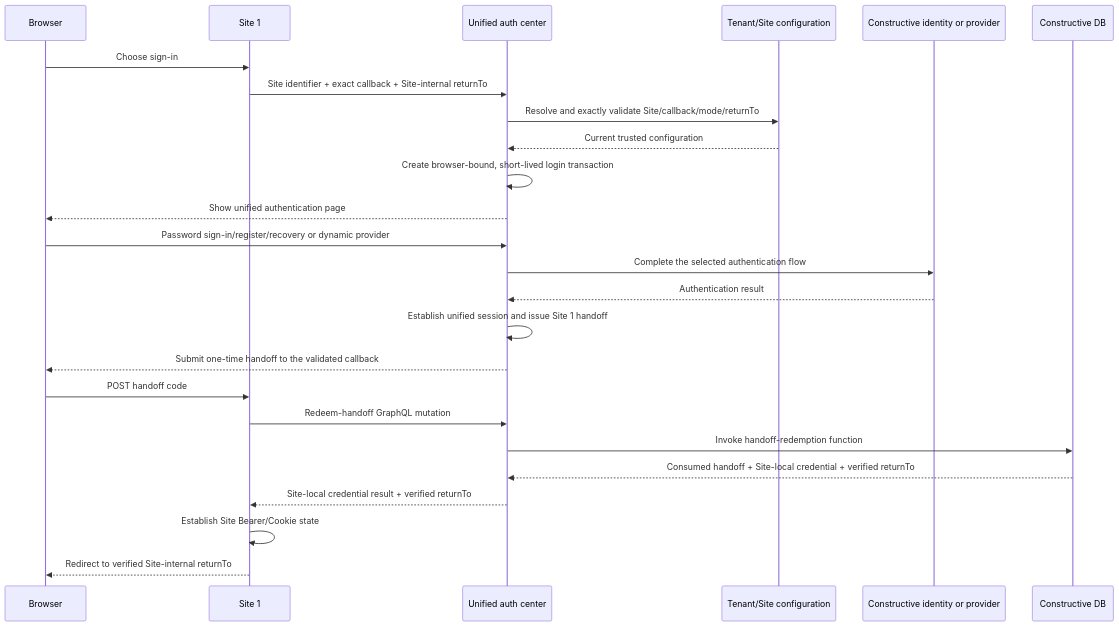
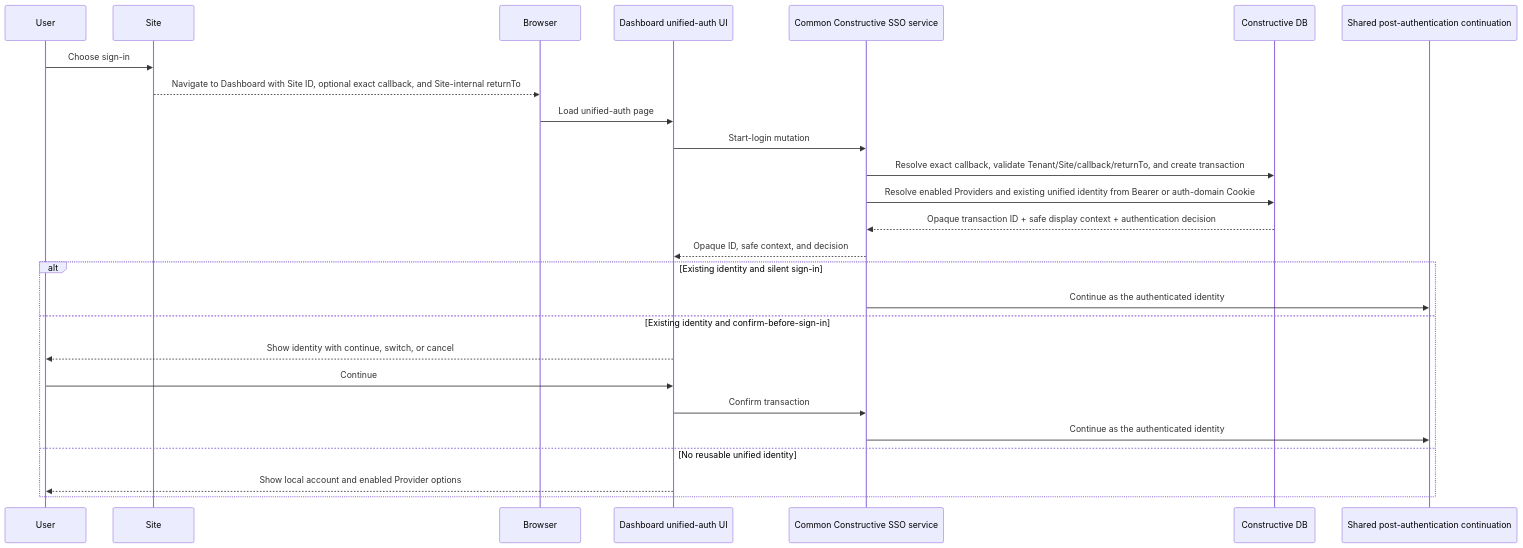
One commit to Zetazzz/Constructive changed the first of 5 diagrams in docs/plan/oauth-sso-platform-integration.md. Above: the diagram before and after it, drawn with Mermaid. The commit also changed other lines of this file and 2 other files, not shown here.

Commit message:
docs: finalize OAuth/SSO platform integration design

````diff
--- a/docs/plan/oauth-sso-platform-integration.md
+++ b/docs/plan/oauth-sso-platform-integration.md
@@ -358,28 +361,29 @@
 ```mermaid
 sequenceDiagram
-    participant U as Browser
-    participant S1 as Site 1
-    participant A as Unified auth center
-    participant C as Tenant/Site configuration
-    participant I as Constructive identity or provider
+    participant U as User
+    participant S as Site
+    participant B as Browser
+    participant D as Dashboard unified-auth UI
+    participant A as Common Constructive SSO service
     participant DB as Constructive DB
+    participant P as Shared post-authentication continuation
 
-    U->>S1: Choose sign-in
-    S1->>A: Site identifier + exact callback + Site-internal returnTo
-    A->>C: Resolve and exactly validate Site/callback/mode/returnTo
-    C-->>A: Current trusted configuration
-    A->>A: Create browser-bound, short-lived login transaction
-    A-->>U: Show unified authentication page
-    U->>A: Password sign-in/register/recovery or dynamic provider
-    A->>I: Complete the selected authentication flow
-    I-->>A: Authentication result
-    A->>A: Establish unified session and issue Site 1 handoff
-    A-->>U: Submit one-time handoff to the validated callback
-    U->>S1: POST handoff code
-    S1->>A: Redeem-handoff GraphQL mutation
-    A->>DB: Invoke handoff-redemption function
-    DB-->>A: Consumed handoff + Site-local credential + verified returnTo
-    A-->>S1: Site-local credential result + verified returnTo
-    S1->>S1: Establish Site Bearer/Cookie state
-    S1-->>U: Redirect to verified Site-internal returnTo
+    U->>S: Choose sign-in
+    S-->>B: Navigate to Dashboard with Site ID, optional exact callback, and Site-internal returnTo
+    B->>D: Load unified-auth page
+    D->>A: Start-login mutation
+    A->>DB: Resolve exact callback, validate Tenant/Site/callback/returnTo, and create transaction
+    A->>DB: Resolve enabled Providers and existing unified identity from Bearer or auth-domain Cookie
+    DB-->>A: Opaque transaction ID + safe display context + authentication decision
+    A-->>D: Opaque ID, safe context, and decision
+    alt Existing identity and silent sign-in
+        A->>P: Continue as the authenticated identity
+    else Existing identity and confirm-before-sign-in
+        D-->>U: Show identity with continue, switch, or cancel
+        U->>D: Continue
+        D->>A: Confirm transaction
+        A->>P: Continue as the authenticated identity
+    else No reusable unified identity
+        D-->>U: Show local account and enabled Provider options
+    end
 ```
````
